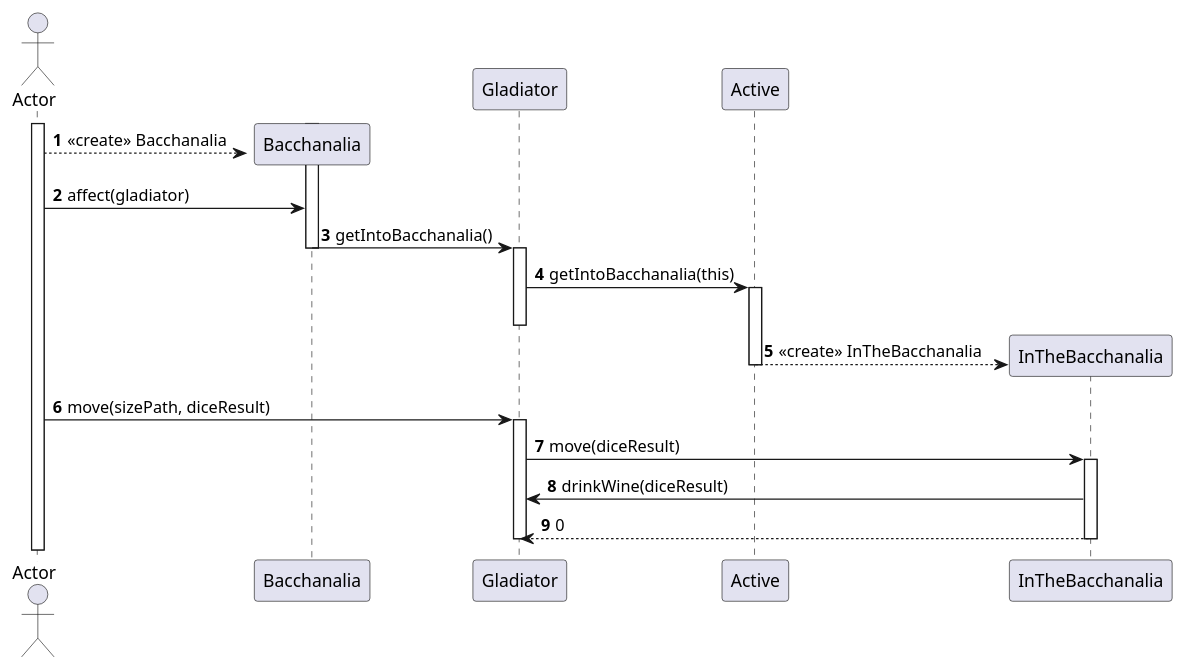
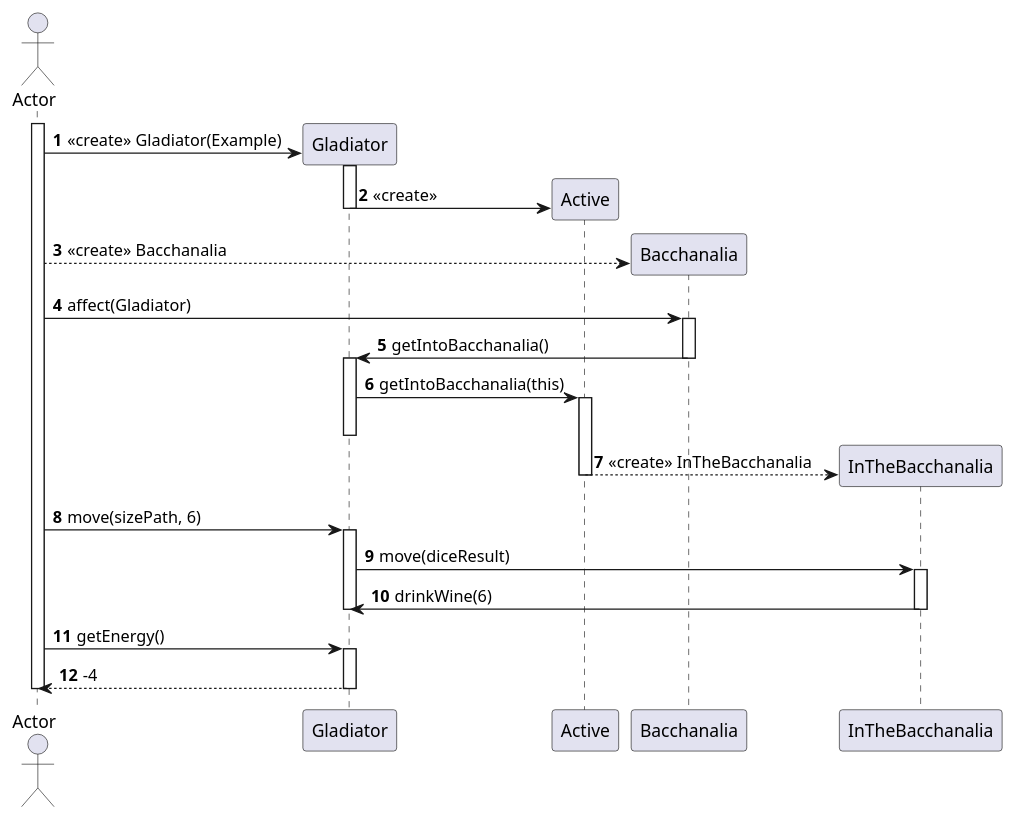
Before and after one commit to PabloGCH/tp2-algo3: the diagram in diagrams/sequences/bacchanalia: gladiator drinks wine.puml, drawn with PlantUML. The commit also changed 3 other files, not shown here.

```diff
--- a/diagrams/sequences/bacchanalia: gladiator drinks wine.puml
+++ b/diagrams/sequences/bacchanalia: gladiator drinks wine.puml
@@ -1,27 +1,41 @@
 @startuml
 autonumber
 actor Actor
+
 activate Actor
+create Gladiator
+Actor -> Gladiator: <<create>> Gladiator(Example)
+activate Gladiator
+    create Active
+    Gladiator -> Active: <<create>>
+deactivate Gladiator
+
 create Bacchanalia
-
+Actor --> Bacchanalia: <<create>> Bacchanalia
+Actor -> Bacchanalia: affect(Gladiator)
 activate Bacchanalia
-Actor --> Bacchanalia: <<create>> Bacchanalia
-Actor -> Bacchanalia: affect(gladiator)
-Bacchanalia -> Gladiator: getIntoBacchanalia()
+    Bacchanalia -> Gladiator: getIntoBacchanalia()
 deactivate Bacchanalia
 activate Gladiator
-Gladiator -> Active: getIntoBacchanalia(this)
-activate Active
+    Gladiator -> Active: getIntoBacchanalia(this)
+    activate Active
 deactivate Gladiator
 create InTheBacchanalia
 Active --> InTheBacchanalia: <<create>> InTheBacchanalia
 deactivate Active
-Actor -> Gladiator: move(sizePath, diceResult)
+Actor -> Gladiator: move(sizePath, 6)
 activate Gladiator
 Gladiator -> InTheBacchanalia: move(diceResult)
 activate InTheBacchanalia
-InTheBacchanalia -> Gladiator: drinkWine(diceResult)
-InTheBacchanalia --> Gladiator: 0
+InTheBacchanalia -> Gladiator: drinkWine(6)
+deactivate Gladiator
 deactivate InTheBacchanalia
+
+
+Actor -> Gladiator: getEnergy()
+activate Gladiator
+    Gladiator --> Actor: -4
 deactivate Gladiator
+
+deactivate Actor
 @enduml
```
